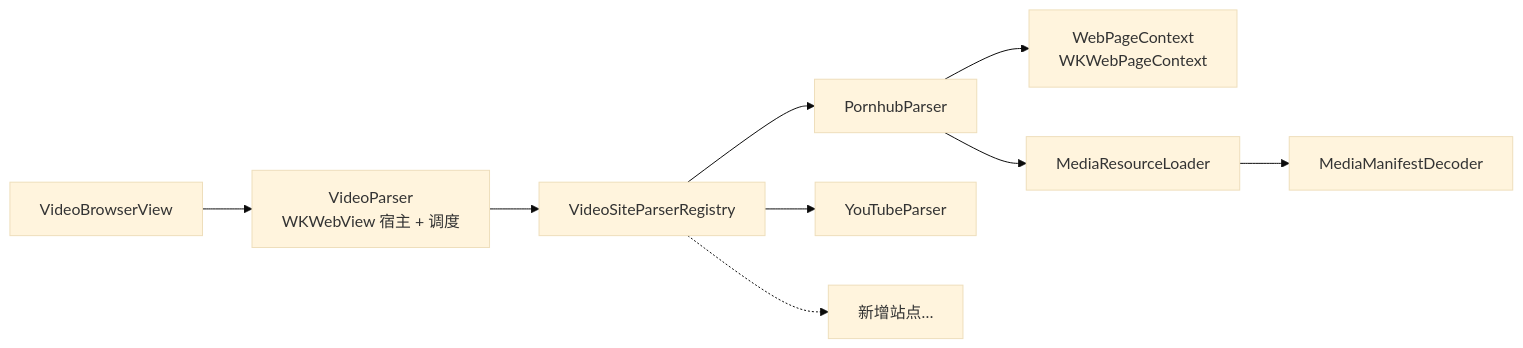
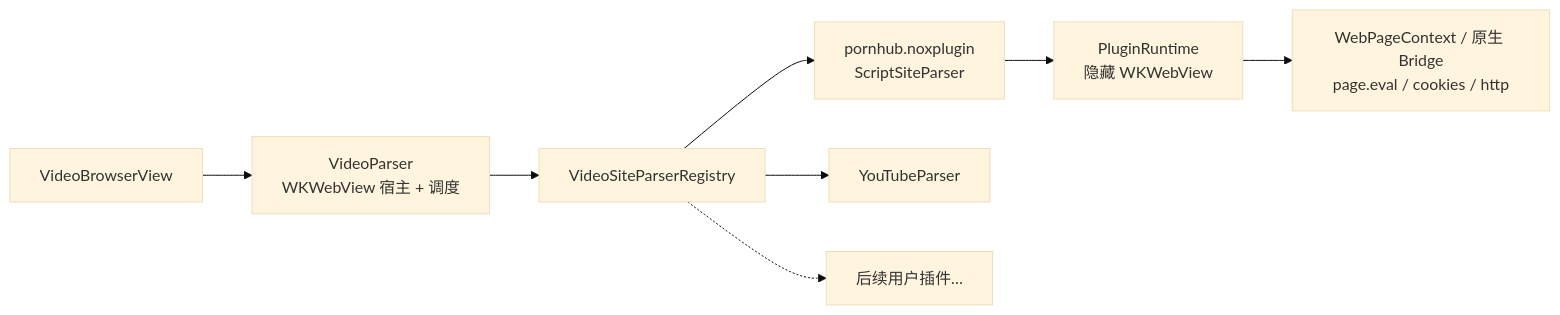
One commit to gfk-sveyigey/Nox changed the diagram in README.md. Above: the diagram before and after it, drawn with Mermaid (base theme). The commit also changed other lines of this file and 13 other files, not shown here.

Commit message:
feat(parsing): move Pornhub to single-file plugin

````diff
--- a/README.md
+++ b/README.md
@@ -167,11 +176,10 @@
 ```mermaid
 graph LR
     V[VideoBrowserView] --> P[VideoParser<br/>WKWebView 宿主 + 调度]
     P --> R[VideoSiteParserRegistry]
-    R --> A[PornhubParser]
+    R --> A["pornhub.noxplugin<br/>ScriptSiteParser"]
     R --> Y[YouTubeParser]
-    R -.-> B["新增站点…"]
-    A --> C[WebPageContext<br/>WKWebPageContext]
-    A --> L[MediaResourceLoader]
-    L --> D[MediaManifestDecoder]
+    R -.-> B["后续用户插件…"]
+    A --> RT[PluginRuntime<br/>隐藏 WKWebView]
+    RT --> C[WebPageContext / 原生 Bridge<br/>page.eval / cookies / http]
 ```
````
